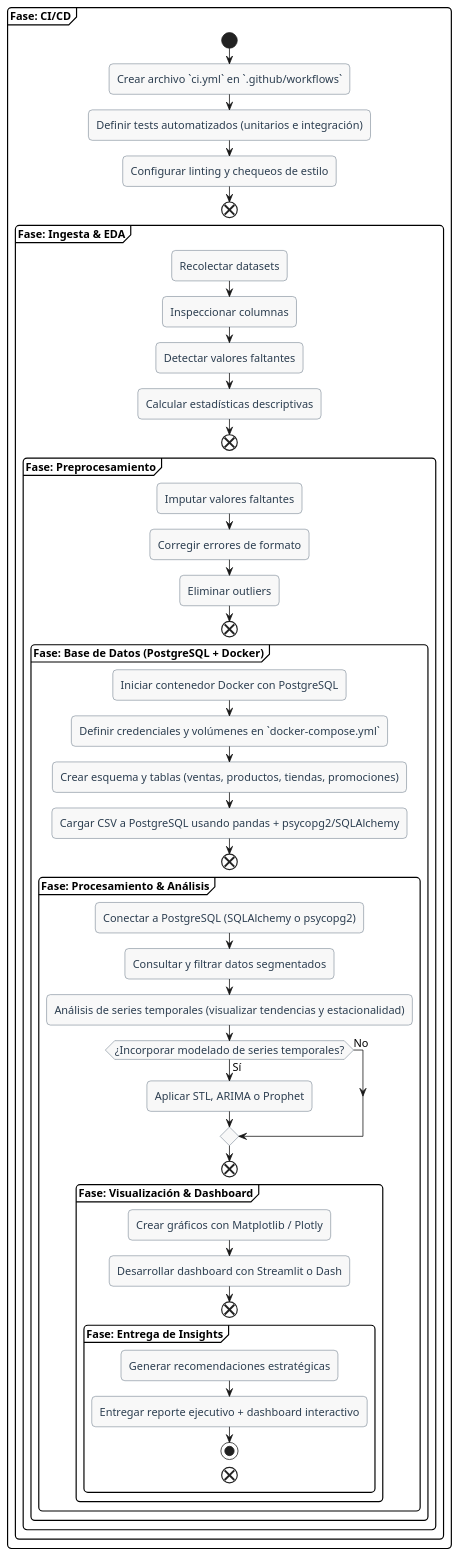
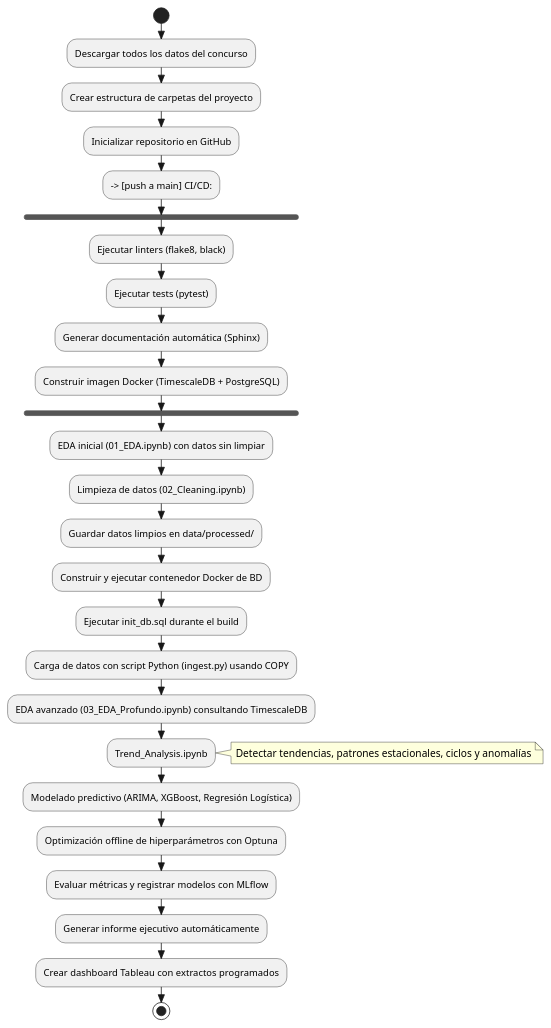
One commit to Ares-Infenus/Retail_Sales_Trend_Analysis changed the diagram in docs/diagrams/activity_diagram.puml. Above: the diagram before and after it, drawn with PlantUML. The commit also changed 11 other files, not shown here.

```diff
--- a/docs/diagrams/activity_diagram.puml
+++ b/docs/diagrams/activity_diagram.puml
@@ -1,63 +1,41 @@
 @startuml
-' — Parámetros de estilo para un look profesional —
-skinparam backgroundColor #FFFFFF
-skinparam defaultFontName "Helvetica Neue"
-skinparam defaultFontSize 14
-skinparam activityBackgroundColor #F8F8F8
-skinparam activityBorderColor #34495E
-skinparam activityFontColor #2C3E50
-skinparam diamondBackgroundColor #FDFDFD
-skinparam diamondBorderColor #34495E
-skinparam diamondFontColor #2C3E50
-skinparam roundCorner 10
-skinparam shadowing false
+skinparam style strictuml
+skinparam linetype ortho
 
-' Fase de CI/CD añadida al inicio
-group **Fase: CI/CD**
-  start
-  :Crear archivo `ci.yml` en `.github/workflows`;
-  :Definir tests automatizados (unitarios e integración);
-  :Configurar linting y chequeos de estilo;
-end
+start
 
-group **Fase: Ingesta & EDA**
-  :Recolectar datasets;
-  :Inspeccionar columnas;
-  :Detectar valores faltantes;
-  :Calcular estadísticas descriptivas;
-end
+:Descargar todos los datos del concurso;
+:Crear estructura de carpetas del proyecto;
+:Inicializar repositorio en GitHub;
 
-group **Fase: Preprocesamiento**
-  :Imputar valores faltantes;
-  :Corregir errores de formato;
-  :Eliminar outliers;
-end
+--> [push a main] CI/CD:
+fork
+  :Ejecutar linters (flake8, black);
+  :Ejecutar tests (pytest);
+  :Generar documentación automática (Sphinx);
+  :Construir imagen Docker (TimescaleDB + PostgreSQL);
+end fork
 
-group **Fase: Base de Datos (PostgreSQL + Docker)**
-  :Iniciar contenedor Docker con PostgreSQL;
-  :Definir credenciales y volúmenes en `docker-compose.yml`;
-  :Crear esquema y tablas (ventas, productos, tiendas, promociones);
-  :Cargar CSV a PostgreSQL usando pandas + psycopg2/SQLAlchemy;
-end
+:EDA inicial (01_EDA.ipynb) con datos sin limpiar;
+:Limpieza de datos (02_Cleaning.ipynb);
+:Guardar datos limpios en data/processed/;
 
-group **Fase: Procesamiento & Análisis**
-  :Conectar a PostgreSQL (SQLAlchemy o psycopg2);
-  :Consultar y filtrar datos segmentados;
-  :Análisis de series temporales (visualizar tendencias y estacionalidad);
-  if (¿Incorporar modelado de series temporales?) then (Sí)
-    :Aplicar STL, ARIMA o Prophet;
-  else (No)
-  endif
-end
+:Construir y ejecutar contenedor Docker de BD;
+:Ejecutar init_db.sql durante el build;
+:Carga de datos con script Python (ingest.py) usando COPY;
 
-group **Fase: Visualización & Dashboard**
-  :Crear gráficos con Matplotlib / Plotly;
-  :Desarrollar dashboard con Streamlit o Dash;
-end
+:EDA avanzado (03_EDA_Profundo.ipynb) consultando TimescaleDB;
+:Trend_Analysis.ipynb;
+note right
+Detectar tendencias, patrones estacionales, ciclos y anomalías
+end note
 
-group **Fase: Entrega de Insights**
-  :Generar recomendaciones estratégicas;
-  :Entregar reporte ejecutivo + dashboard interactivo;
-  stop
-end
+:Modelado predictivo (ARIMA, XGBoost, Regresión Logística);
+:Optimización offline de hiperparámetros con Optuna;
+:Evaluar métricas y registrar modelos con MLflow;
+
+:Generar informe ejecutivo automáticamente;
+:Crear dashboard Tableau con extractos programados;
+
+stop
 @enduml
```
